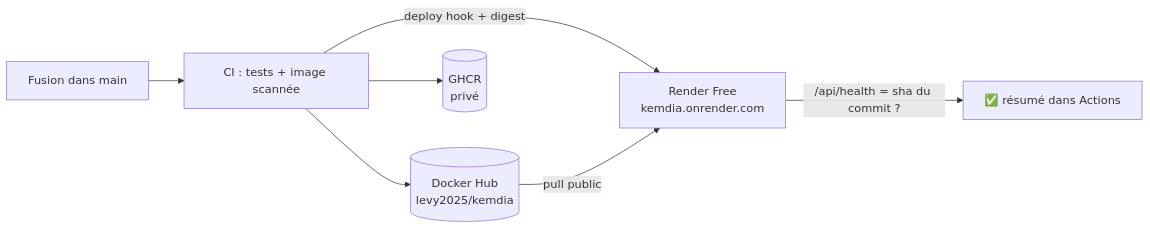
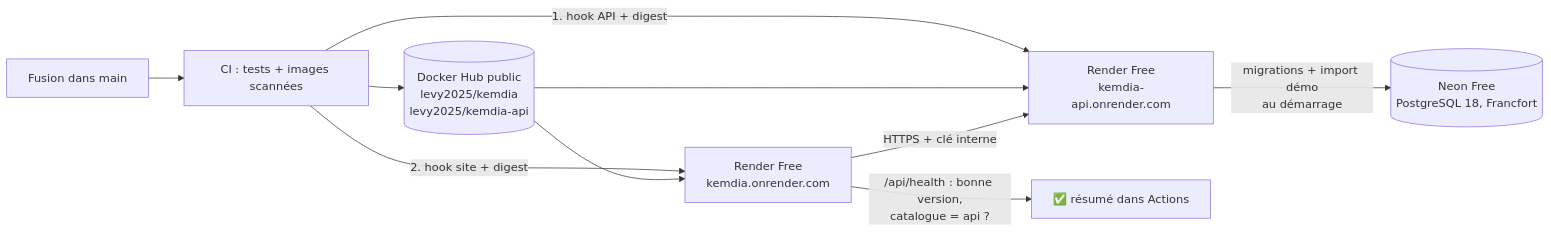
Before and after one commit to levy-kombila/kemdia: the diagram in docs/guides/demo-gratuite.md, drawn with Mermaid. The commit also changed other lines of this file and 22 other files, not shown here.

First line of the commit message:
feat(S3-T07): démo Render avec l'API et une base Neon gratuite

````diff
--- a/docs/guides/demo-gratuite.md
+++ b/docs/guides/demo-gratuite.md
@@ -9,9 +10,12 @@
 ```mermaid
 flowchart LR
-    merge[Fusion dans main] --> ci[CI : tests + image scannée]
-    ci --> hub[(Docker Hub<br/>levy2025/kemdia)]
-    ci --> ghcr[(GHCR<br/>privé)]
-    ci -->|deploy hook + digest| render[Render Free<br/>kemdia.onrender.com]
-    hub -->|pull public| render
-    render -->|/api/health = sha du commit ?| ok[✅ résumé dans Actions]
+    merge[Fusion dans main] --> ci[CI : tests + images scannées]
+    ci --> hub[(Docker Hub public<br/>levy2025/kemdia<br/>levy2025/kemdia-api)]
+    ci -->|1. hook API + digest| api[Render Free<br/>kemdia-api.onrender.com]
+    ci -->|2. hook site + digest| web[Render Free<br/>kemdia.onrender.com]
+    hub --> api
+    hub --> web
+    web -->|HTTPS + clé interne| api
+    api -->|migrations + import démo<br/>au démarrage| neon[(Neon Free<br/>PostgreSQL 18, Francfort)]
+    web -->|/api/health : bonne version,<br/>catalogue = api ?| ok[✅ résumé dans Actions]
 ```
````
